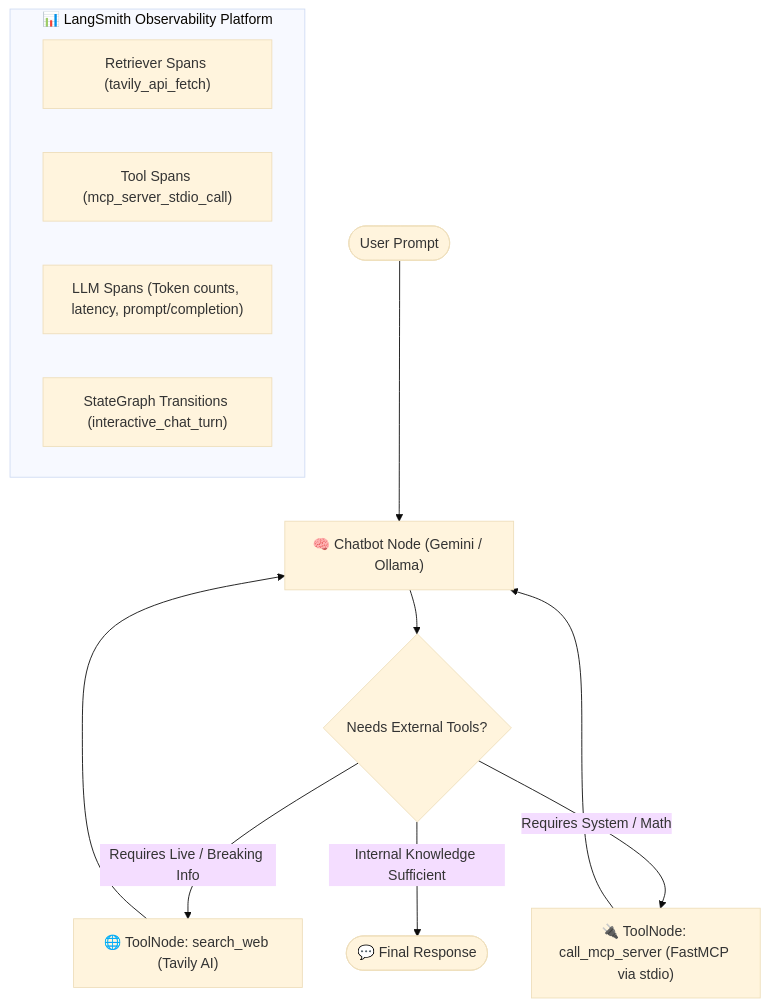
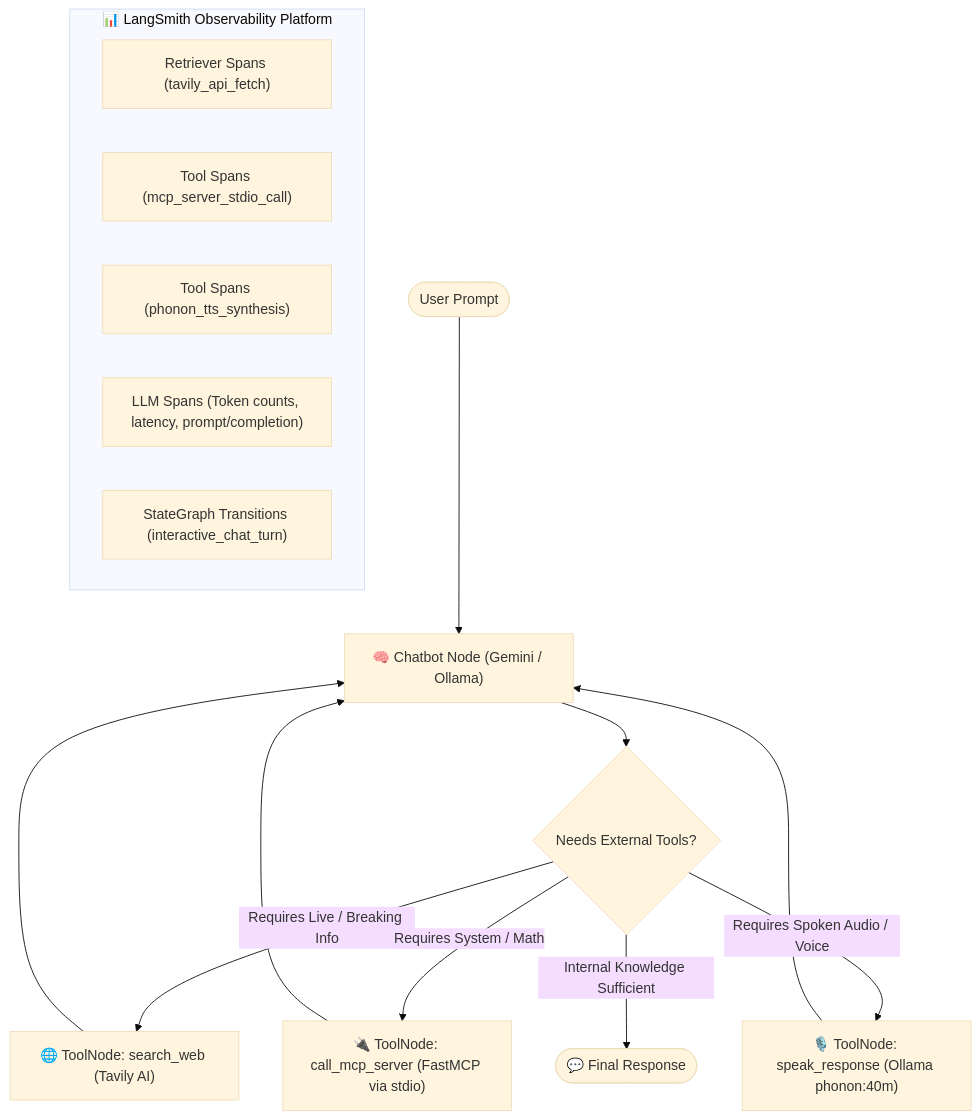
Before and after one commit to maibarra0904/langchain-app: the diagram in README.md, drawn with Mermaid (base theme). The commit also changed other lines of this file and 5 other files, not shown here.

Commit message:
feat: implement voice service with Ollama phonon:40m TTS and LangGraph voice tool

````diff
--- a/README.md
+++ b/README.md
@@ -19,20 +19,23 @@
 ```mermaid
 flowchart TD
     START([User Prompt]) --> Chatbot["🧠 Chatbot Node (Gemini / Ollama)"]
 
     Chatbot --> Decision{Needs External Tools?}
 
     Decision -->|Requires Live / Breaking Info| ToolTavily["🌐 ToolNode: search_web (Tavily AI)"]
     Decision -->|Requires System / Math| ToolMCP["🔌 ToolNode: call_mcp_server (FastMCP via stdio)"]
+    Decision -->|Requires Spoken Audio / Voice| ToolVoice["🎙️ ToolNode: speak_response (Ollama phonon:40m)"]
     Decision -->|Internal Knowledge Sufficient| END([💬 Final Response])
 
     ToolTavily --> Chatbot
     ToolMCP --> Chatbot
+    ToolVoice --> Chatbot
 
     subgraph Observability ["📊 LangSmith Observability Platform"]
         TavilySpan["Retriever Spans (tavily_api_fetch)"]
         MCPToolSpan["Tool Spans (mcp_server_stdio_call)"]
+        VoiceSpan["Tool Spans (phonon_tts_synthesis)"]
         LLMSpan["LLM Spans (Token counts, latency, prompt/completion)"]
         ChainSpan["StateGraph Transitions (interactive_chat_turn)"]
     end
 ```
````
